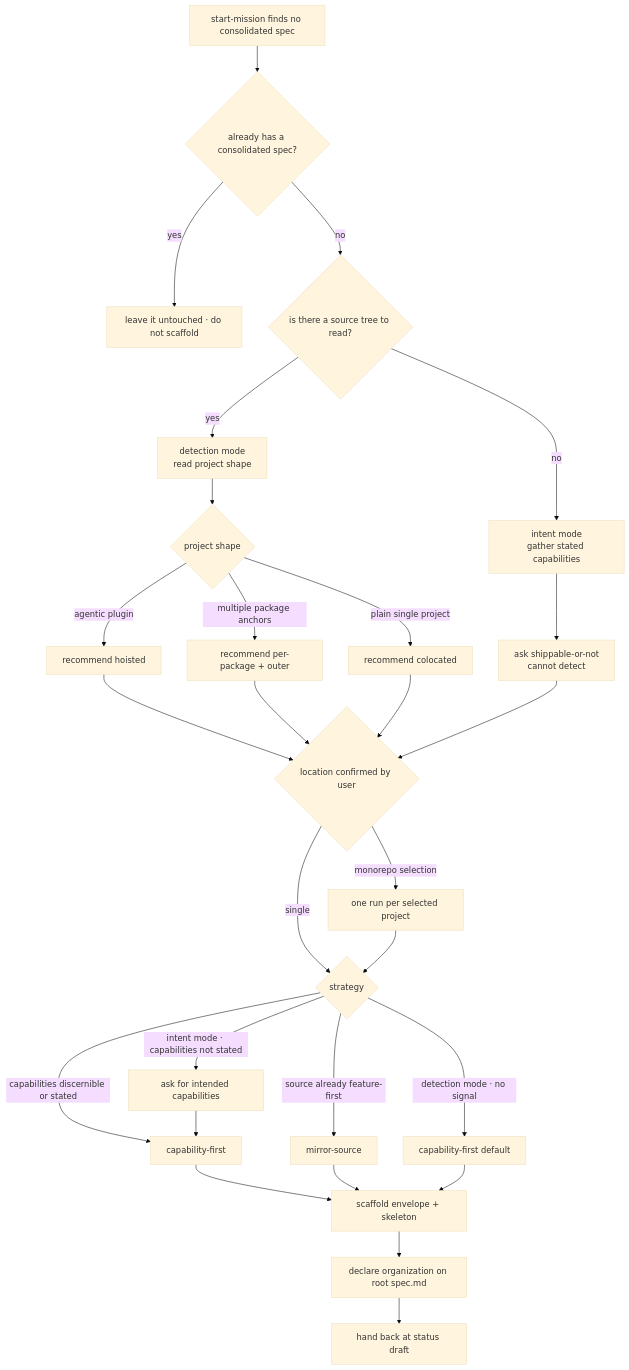
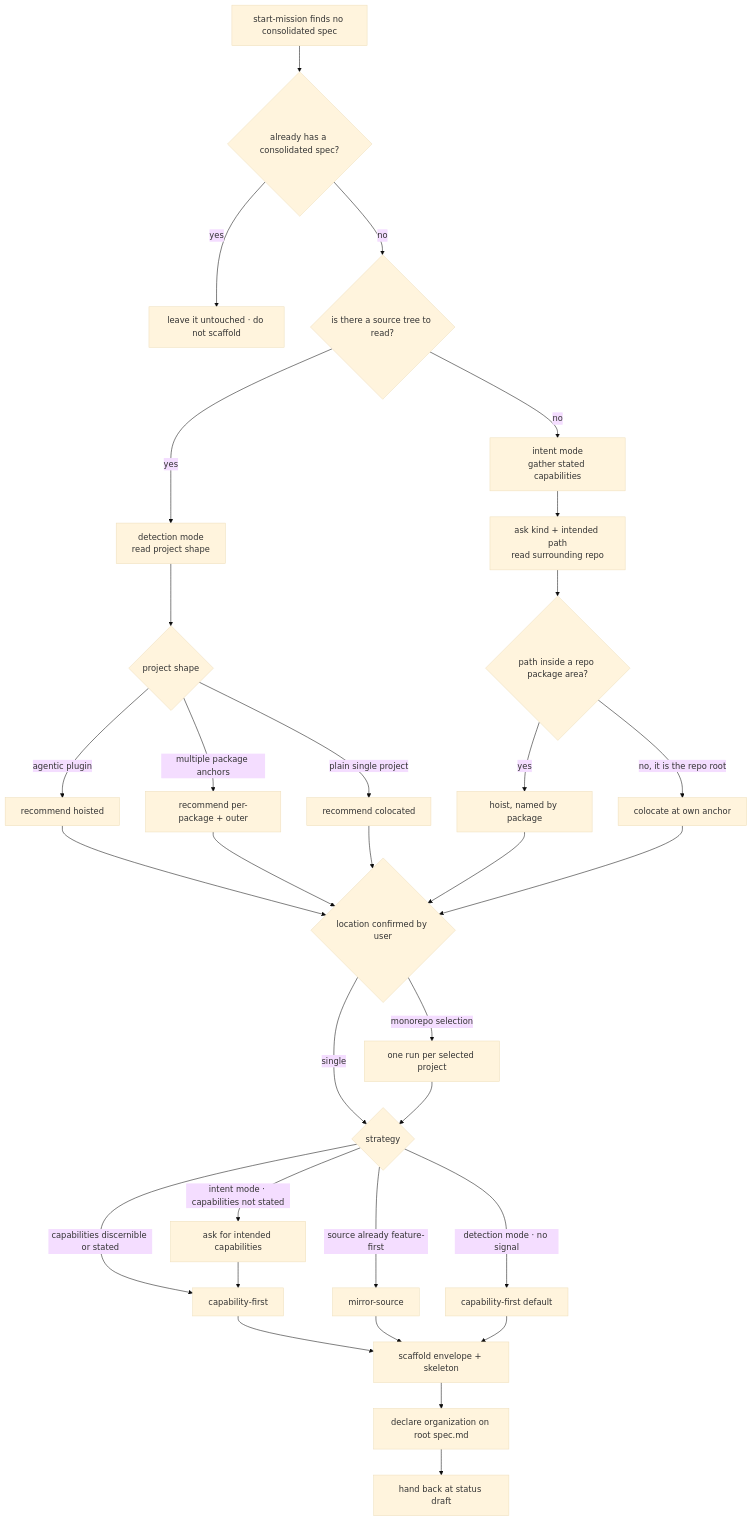
Before and after one commit to cyberuni/cyber-sdd: the diagram in .agents/specs/sdd/authoring/scaffold-project-spec/README.md, drawn with Mermaid (base theme). The commit also changed other lines of this file and 2 other files, not shown here.

First line of the commit message:
fix(sdd): derive intent-mode spec location from the project path, not shippability

````diff
--- a/.agents/specs/sdd/authoring/scaffold-project-spec/README.md
+++ b/.agents/specs/sdd/authoring/scaffold-project-spec/README.md
@@ -59,37 +64,41 @@
 ```mermaid
 flowchart TD
   S["start-mission finds no consolidated spec"] --> D0{"already has a consolidated spec?"}
   D0 -->|"yes"| X["leave it untouched · do not scaffold"]
   D0 -->|"no"| D1{"is there a source tree to read?"}
 
   D1 -->|"yes"| DET["detection mode<br/>read project shape"]
   D1 -->|"no"| INT["intent mode<br/>gather stated capabilities"]
 
   DET --> D2{"project shape"}
   D2 -->|"agentic plugin"| L1["recommend hoisted"]
   D2 -->|"multiple package anchors"| L2["recommend per-package + outer"]
   D2 -->|"plain single project"| L3["recommend colocated"]
-  INT --> L4["ask shippable-or-not<br/>cannot detect"]
+  INT --> L4["ask kind + intended path<br/>read surrounding repo"]
 
   L1 --> D3{"location confirmed by user"}
   L2 --> D3
   L3 --> D3
-  L4 --> D3
+  L4 --> DER{"path inside a repo package area?"}
+  DER -->|"yes"| H1["hoist, named by package"]
+  DER -->|"no, it is the repo root"| H2["colocate at own anchor"]
+  H1 --> D3
+  H2 --> D3
 
   D3 -->|"monorepo selection"| FAN["one run per selected project"]
   D3 -->|"single"| D4{"strategy"}
   FAN --> D4
 
   D4 -->|"capabilities discernible or stated"| ST1["capability-first"]
   D4 -->|"source already feature-first"| ST2["mirror-source"]
   D4 -->|"detection mode · no signal"| ST3["capability-first default"]
   D4 -->|"intent mode · capabilities not stated"| ASK["ask for intended capabilities"]
   ASK --> ST1
 
   ST1 --> SC["scaffold envelope + skeleton"]
   ST2 --> SC
   ST3 --> SC
 
   SC --> DECL["declare organization on root spec.md"]
   DECL --> HB["hand back at status draft"]
 ```
````
